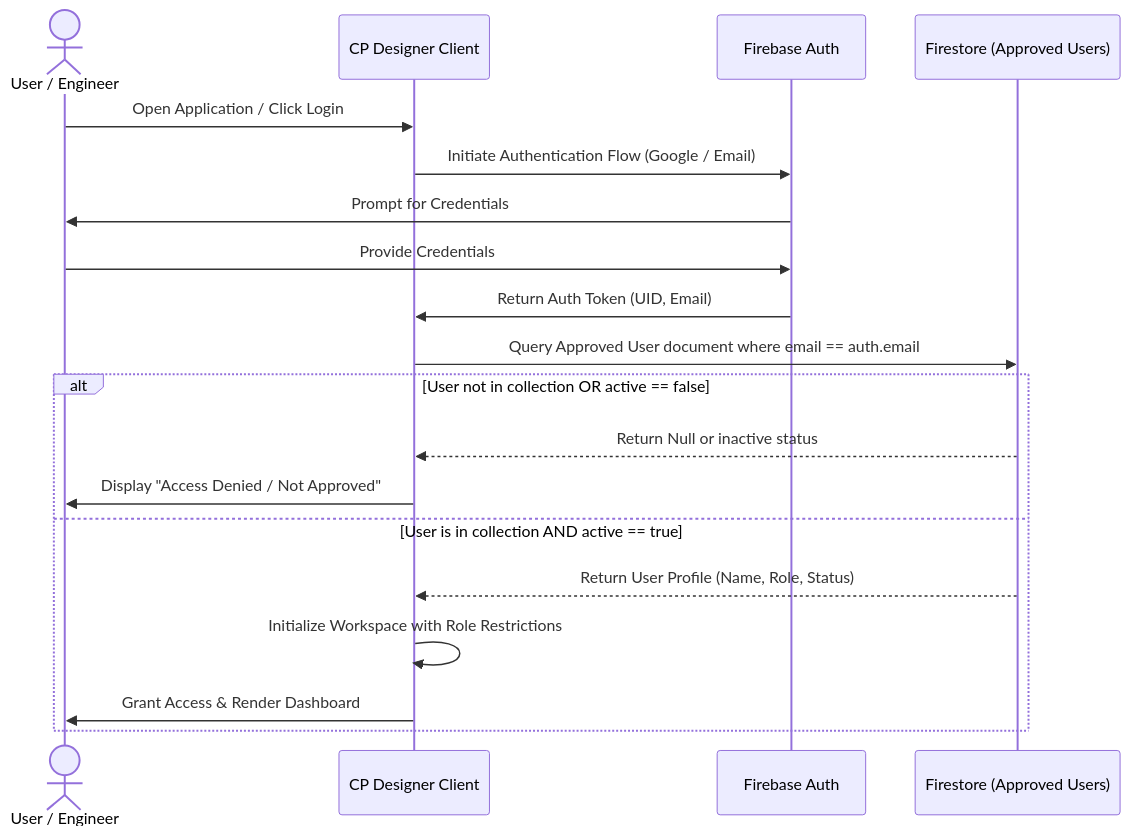
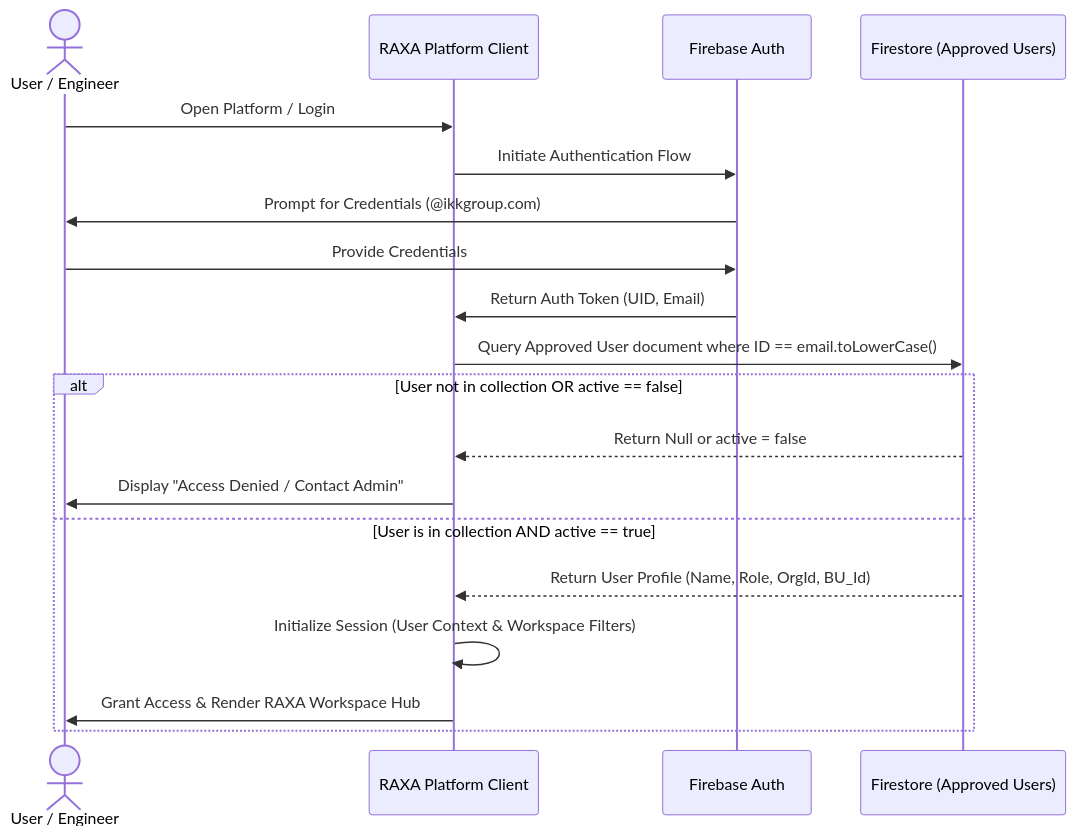
Before and after one commit to om051p/PL_PCP: the first of 2 diagrams in USER_ACCESS_ARCHITECTURE.md, drawn with Mermaid. The commit also changed other lines of this file and 5 other files, not shown here.

Commit message:
docs(rebrand): Add RAXA Platform architectural review and implementation roadmap documentation

````diff
--- a/USER_ACCESS_ARCHITECTURE.md
+++ b/USER_ACCESS_ARCHITECTURE.md
@@ -13,22 +13,22 @@
 ```mermaid
 sequenceDiagram
     actor User as User / Engineer
-    participant Client as CP Designer Client
+    participant Client as RAXA Platform Client
     participant Auth as Firebase Auth
     participant Db as Firestore (Approved Users)
 
-    User->>Client: Open Application / Click Login
-    Client->>Auth: Initiate Authentication Flow (Google / Email)
-    Auth->>User: Prompt for Credentials
+    User->>Client: Open Platform / Login
+    Client->>Auth: Initiate Authentication Flow
+    Auth->>User: Prompt for Credentials (@ikkgroup.com)
     User->>Auth: Provide Credentials
     Auth->>Client: Return Auth Token (UID, Email)
-    Client->>Db: Query Approved User document where email == auth.email
+    Client->>Db: Query Approved User document where ID == email.toLowerCase()
     alt User not in collection OR active == false
-        Db-->>Client: Return Null or inactive status
-        Client->>User: Display "Access Denied / Not Approved"
+        Db-->>Client: Return Null or active = false
+        Client->>User: Display "Access Denied / Contact Admin"
     else User is in collection AND active == true
-        Db-->>Client: Return User Profile (Name, Role, Status)
-        Client->>Client: Initialize Workspace with Role Restrictions
-        Client->>User: Grant Access & Render Dashboard
+        Db-->>Client: Return User Profile (Name, Role, OrgId, BU_Id)
+        Client->>Client: Initialize Session (User Context & Workspace Filters)
+        Client->>User: Grant Access & Render RAXA Workspace Hub
     end
 ```
````
